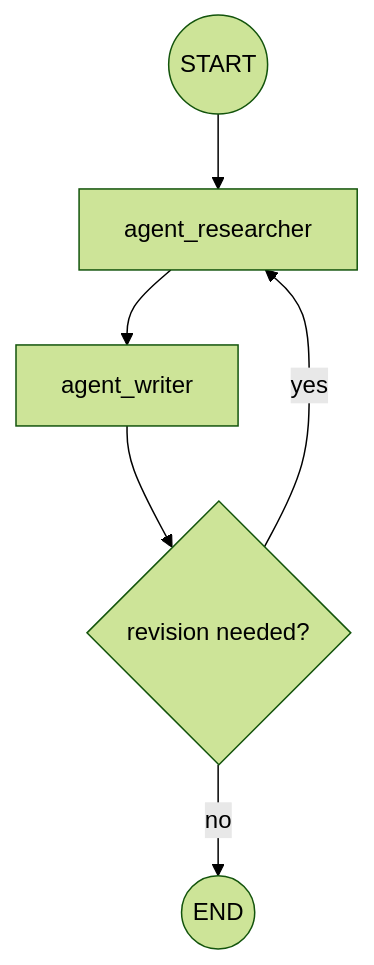
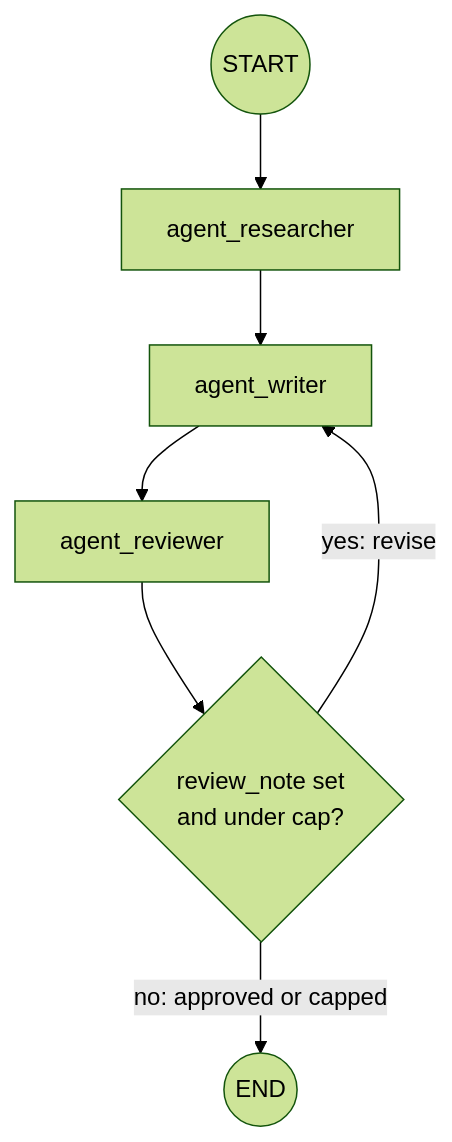
One commit to ranjan-del/langgraph changed the diagram in multi-agent/README.md. Above: the diagram before and after it, drawn with Mermaid (forest theme). The commit also changed other lines of this file and 5 other files, not shown here.

First line of the commit message:
Add mermaid diagrams and per-pattern READMEs, broaden test coverage

````diff
--- a/multi-agent/README.md
+++ b/multi-agent/README.md
@@ -14,8 +16,9 @@
 ```mermaid
 graph TD
     START((START)) --> A[agent_researcher]
     A --> B[agent_writer]
-    B --> H{revision needed?}
-    H -->|yes| A
-    H -->|no| END((END))
+    B --> C[agent_reviewer]
+    C --> H{review_note set<br/>and under cap?}
+    H -->|yes: revise| B
+    H -->|no: approved or capped| END((END))
 ```
````
